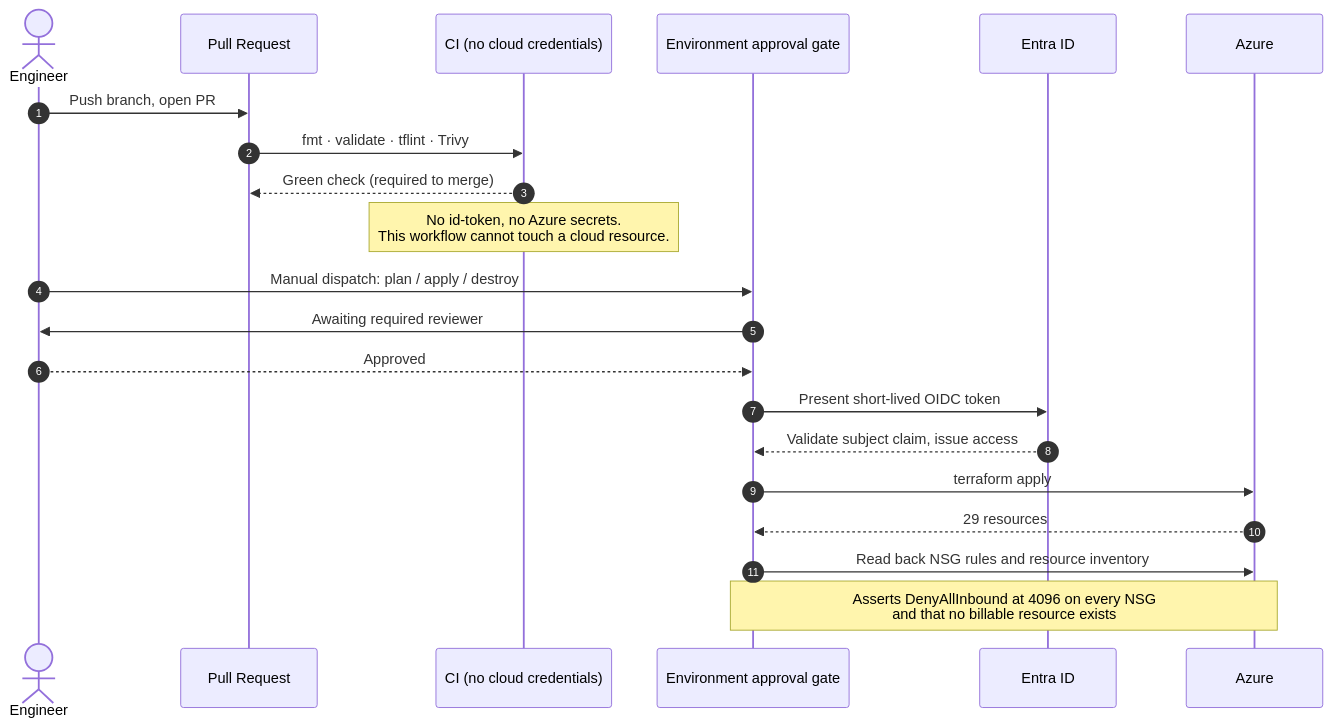
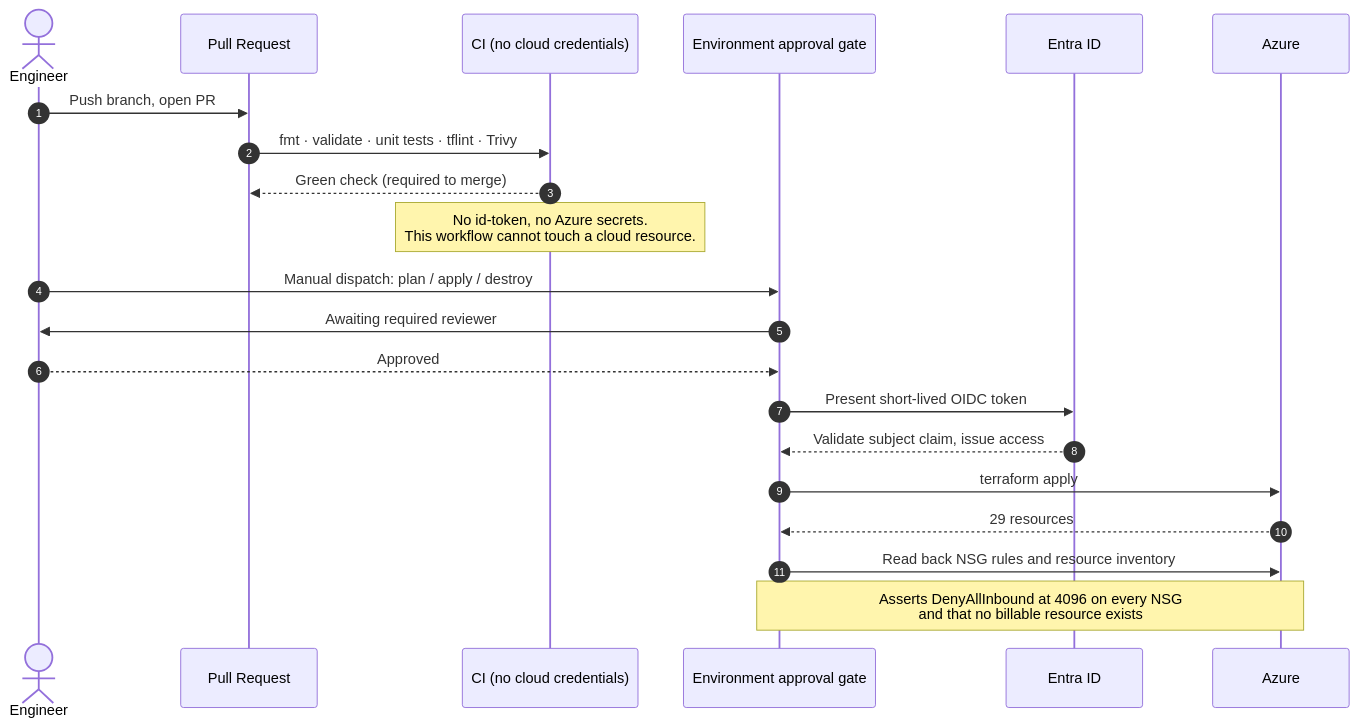
The second of 2 diagrams in README.md (mohamedhirey/azure-hub-spoke-landing-zone), drawn with Mermaid before and after one commit. The commit also changed other lines of this file and 5 other files, not shown here.

First line of the commit message:
test: run the unit tests against a mocked provider (#5)

````diff
--- a/README.md
+++ b/README.md
@@ -70,25 +70,25 @@
 ```mermaid
 sequenceDiagram
     autonumber
     actor Eng as Engineer
     participant PR as Pull Request
     participant CI as CI (no cloud credentials)
     participant Gate as Environment approval gate
     participant Entra as Entra ID
     participant Azure as Azure
 
     Eng->>PR: Push branch, open PR
-    PR->>CI: fmt · validate · tflint · Trivy
+    PR->>CI: fmt · validate · unit tests · tflint · Trivy
     CI-->>PR: Green check (required to merge)
     Note over CI: No id-token, no Azure secrets.<br/>This workflow cannot touch a cloud resource.
 
     Eng->>Gate: Manual dispatch: plan / apply / destroy
     Gate->>Eng: Awaiting required reviewer
     Eng-->>Gate: Approved
     Gate->>Entra: Present short-lived OIDC token
     Entra-->>Gate: Validate subject claim, issue access
     Gate->>Azure: terraform apply
     Azure-->>Gate: 29 resources
     Gate->>Azure: Read back NSG rules and resource inventory
     Note over Gate,Azure: Asserts DenyAllInbound at 4096 on every NSG<br/>and that no billable resource exists
 ```
````
